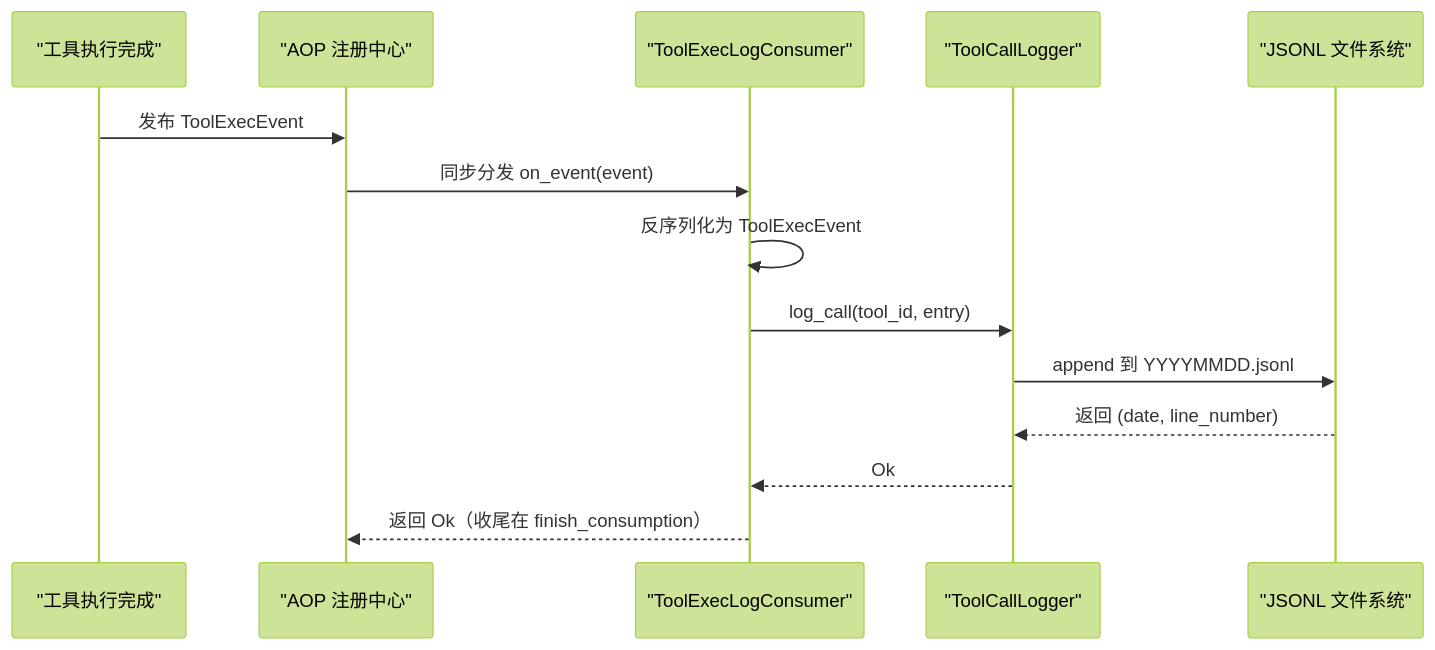
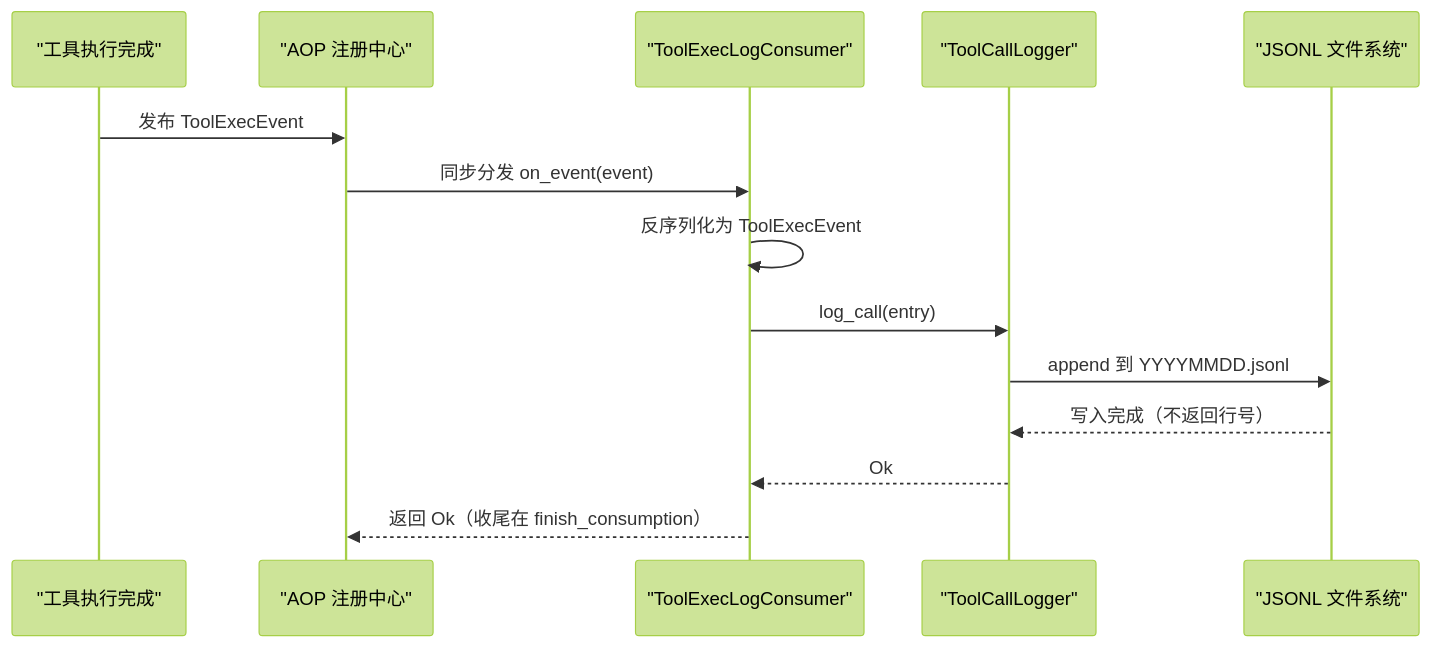
Before and after one commit to runningcoders/ai_orz: the second of 7 diagrams in docs/wiki/zh/content/基础设施/AOP 事件系统/事件消费者/工具执行日志消费者.md, drawn with Mermaid (forest theme). The commit also changed other lines of this file and 6 other files, not shown here.

Commit message:
docs(wiki): 同步工具调用追踪与记忆写入现状 — call trace 路径改为 tools/call_trace/{YYYYMMDD}.jsonl，log_call/DailyJsonlWriter 签名与时序图更新（拉平 + 不数行 + append_batch），ToolCallLogger 不再按 tool_id 组织目录

````diff
--- a/docs/wiki/zh/content/基础设施/AOP 事件系统/事件消费者/工具执行日志消费者.md
+++ b/docs/wiki/zh/content/基础设施/AOP 事件系统/事件消费者/工具执行日志消费者.md
@@ -89,16 +89,16 @@
 ```mermaid
 sequenceDiagram
 participant Exec as "工具执行完成"
 participant AOP as "AOP 注册中心"
 participant Cons as "ToolExecLogConsumer"
 participant Log as "ToolCallLogger"
 participant FS as "JSONL 文件系统"
 Exec->>AOP : 发布 ToolExecEvent
 AOP->>Cons : 同步分发 on_event(event)
 Cons->>Cons : 反序列化为 ToolExecEvent
-Cons->>Log : log_call(tool_id, entry)
+Cons->>Log : log_call(entry)
 Log->>FS : append 到 YYYYMMDD.jsonl
-FS-->>Log : 返回 (date, line_number)
+FS-->>Log : 写入完成（不返回行号）
 Log-->>Cons : Ok
 Cons-->>AOP : 返回 Ok（收尾在 finish_consumption）
 ```
````
